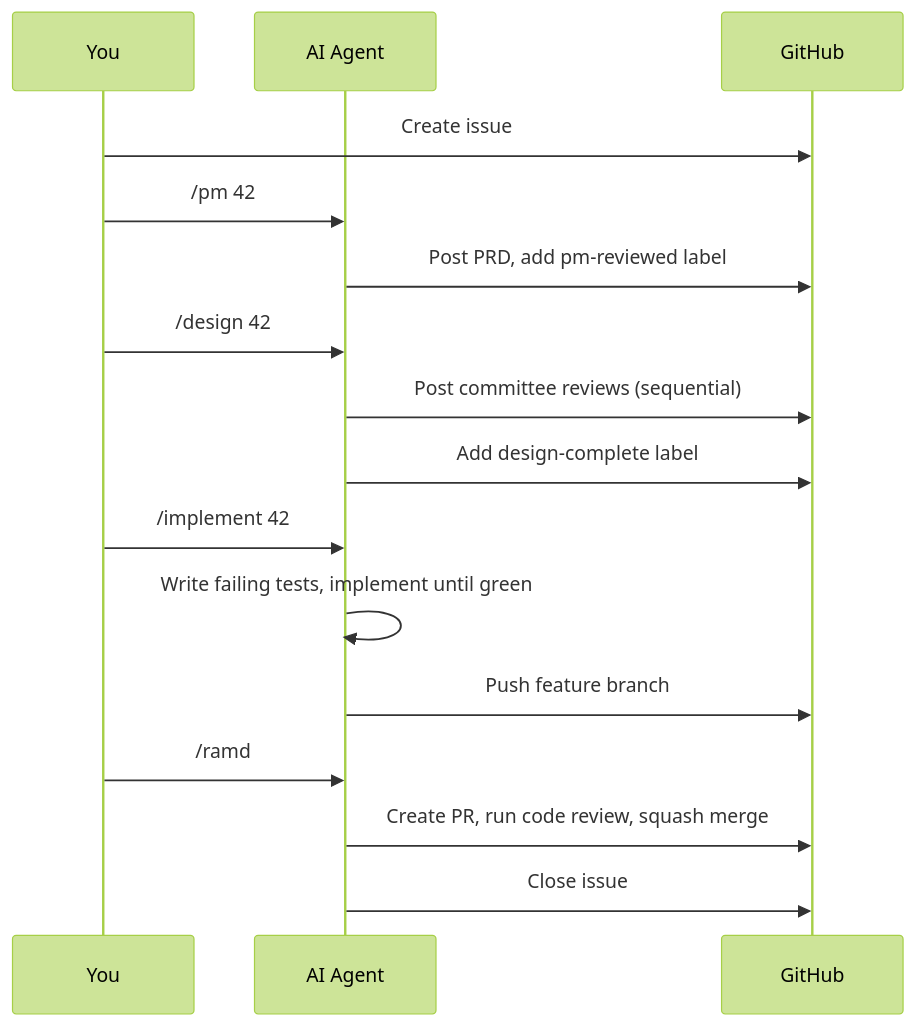
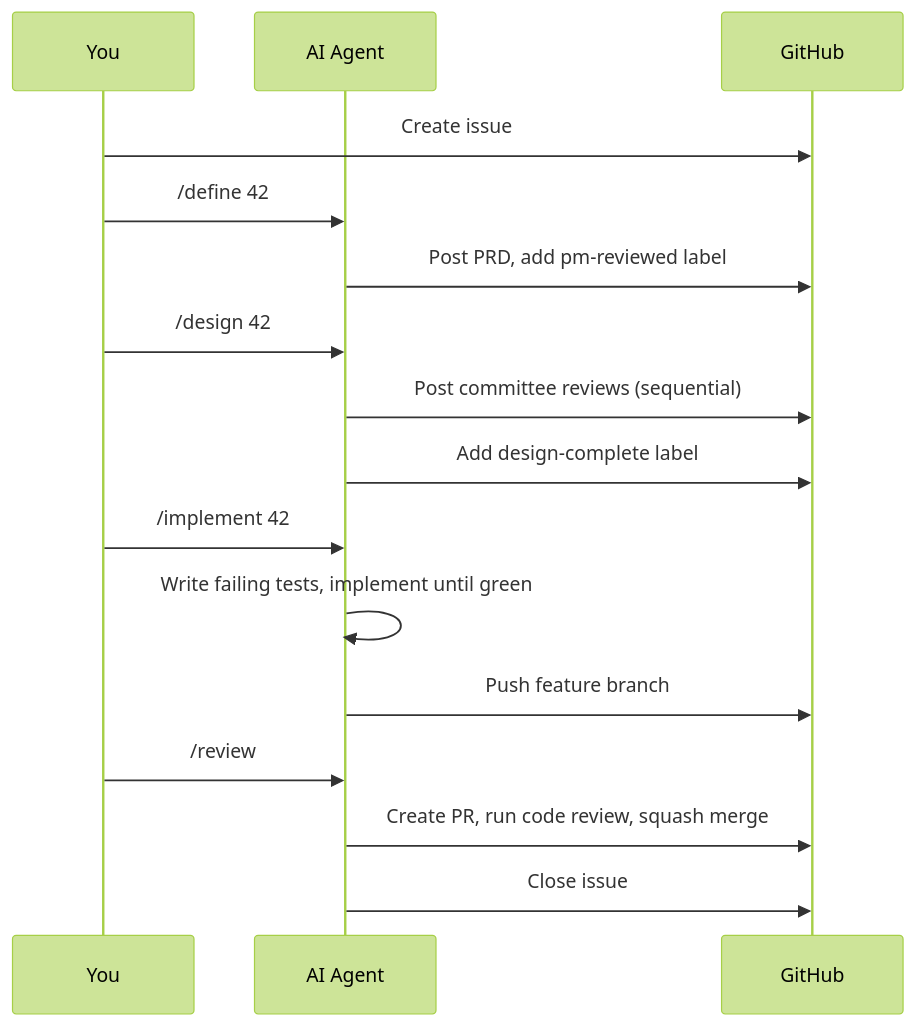
The diagram in docs/getting-started.md (suniljames/directives), drawn with Mermaid (forest theme) before and after one commit. The commit also changed other lines of this file and 21 other files, not shown here.

````diff
--- a/docs/getting-started.md
+++ b/docs/getting-started.md
@@ -119,19 +123,19 @@
 ```mermaid
 sequenceDiagram
     participant You
     participant AI as AI Agent
     participant GH as GitHub
 
     You->>GH: Create issue
-    You->>AI: /pm 42
+    You->>AI: /define 42
     AI->>GH: Post PRD, add pm-reviewed label
     You->>AI: /design 42
     AI->>GH: Post committee reviews (sequential)
     AI->>GH: Add design-complete label
     You->>AI: /implement 42
     AI->>AI: Write failing tests, implement until green
     AI->>GH: Push feature branch
-    You->>AI: /ramd
+    You->>AI: /review
     AI->>GH: Create PR, run code review, squash merge
     AI->>GH: Close issue
 ```
````
